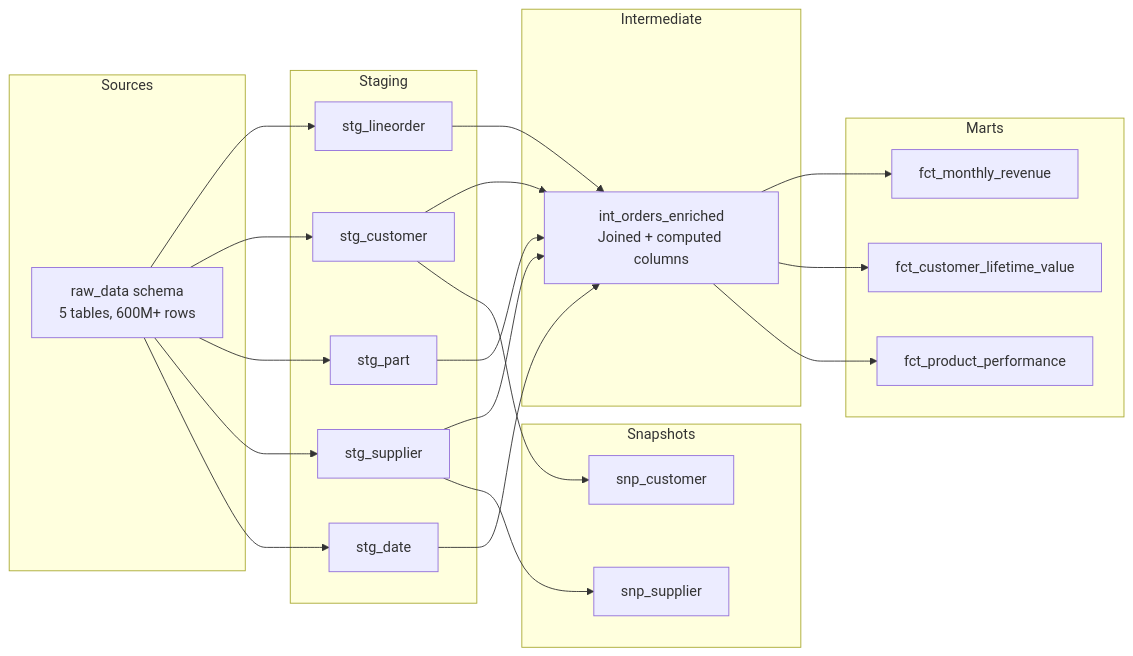
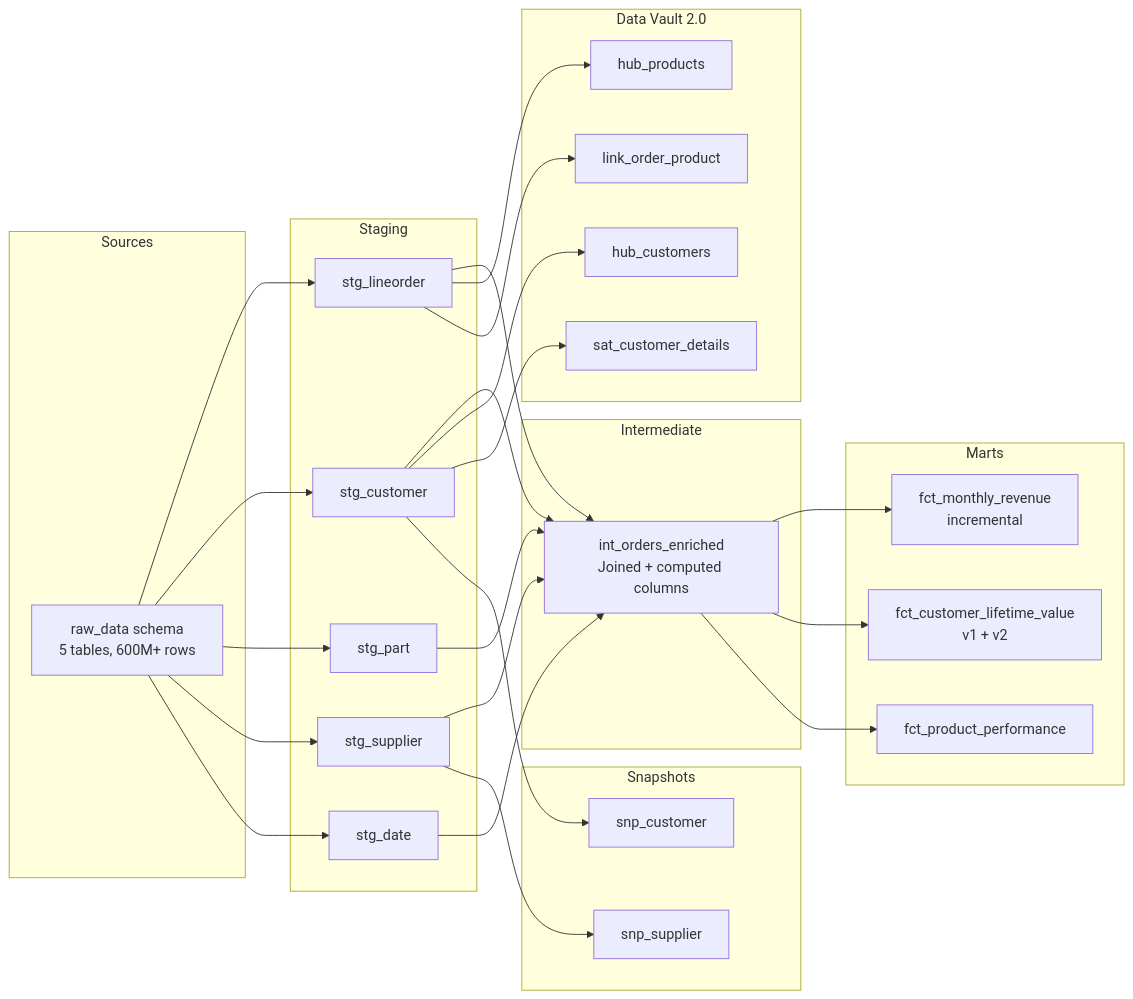
One commit to VIVEK-JADHAV/dbt-ecommerce-warehouse changed the diagram in README.md. Above: the diagram before and after it, drawn with Mermaid. The commit also changed other lines of this file, not shown here.

Commit message:
feat: Sprint 4 complete — incremental models, Data Vault, model versioning, slim CI, hooks/tags

````diff
--- a/README.md
+++ b/README.md
@@ -167,35 +167,44 @@
 ```mermaid
 graph LR
     subgraph Sources
         RAW[raw_data schema<br/>5 tables, 600M+ rows]
     end
 
     subgraph Staging
         STG_L[stg_lineorder]
         STG_C[stg_customer]
         STG_P[stg_part]
         STG_S[stg_supplier]
         STG_D[stg_date]
     end
 
     subgraph Intermediate
         INT[int_orders_enriched<br/>Joined + computed columns]
     end
 
     subgraph Marts
-        FCT_R[fct_monthly_revenue]
-        FCT_C[fct_customer_lifetime_value]
+        FCT_R[fct_monthly_revenue<br/>incremental]
+        FCT_C[fct_customer_lifetime_value<br/>v1 + v2]
         FCT_P[fct_product_performance]
+    end
+
+    subgraph Vault["Data Vault 2.0"]
+        HUB_C[hub_customers]
+        HUB_P[hub_products]
+        LNK[link_order_product]
+        SAT[sat_customer_details]
     end
 
     subgraph Snapshots
         SNP_S[snp_supplier]
         SNP_C[snp_customer]
     end
 
     RAW --> STG_L & STG_C & STG_P & STG_S & STG_D
     STG_L & STG_C & STG_P & STG_S & STG_D --> INT
     INT --> FCT_R & FCT_C & FCT_P
+    STG_L --> HUB_P & LNK
+    STG_C --> HUB_C & SAT
     STG_S --> SNP_S
     STG_C --> SNP_C
 ```
````
